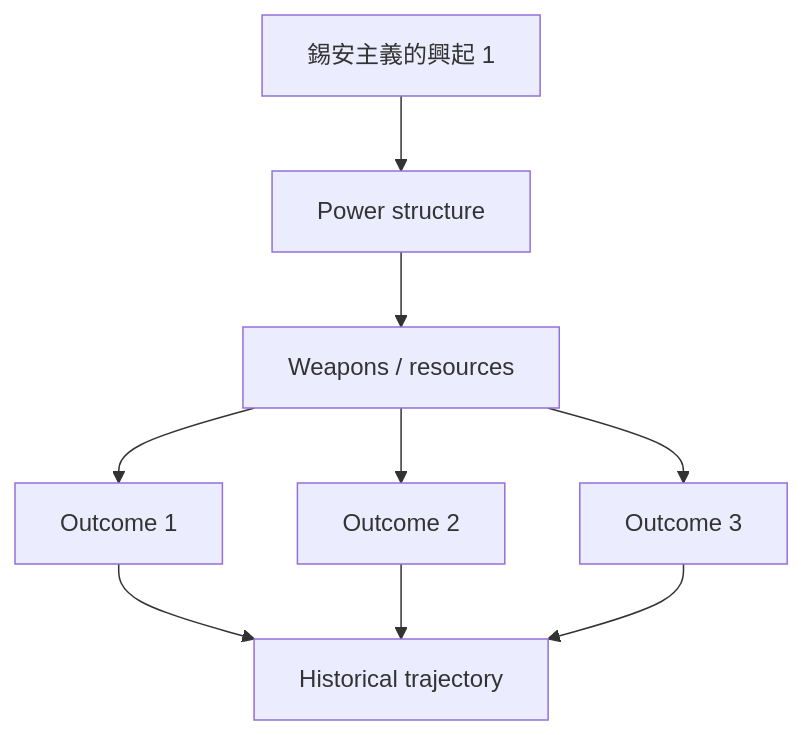
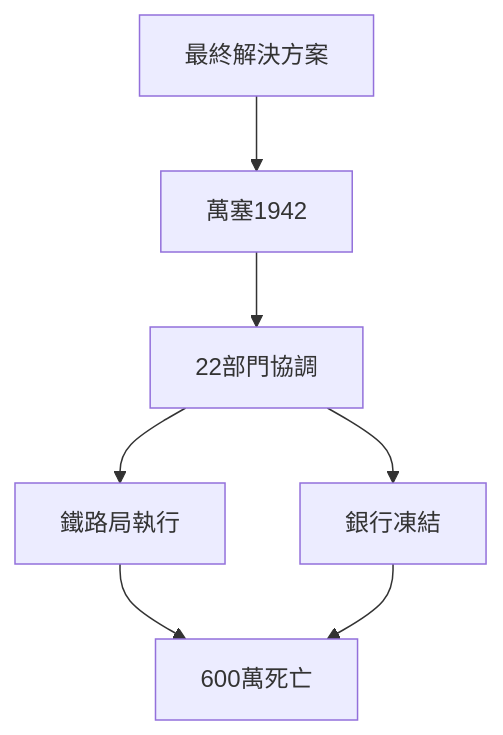
The third of 10 diagrams in 02_Harvard_Courses/Fall_Courses/Hist39_Jews_in_the_Modern_World.md (yip-lgtm/HKU-Harvard-History-Self-Study), drawn with Mermaid before and after one commit. The commit also changed other lines of this file and 65 other files, not shown here.

````diff
--- a/02_Harvard_Courses/Fall_Courses/Hist39_Jews_in_the_Modern_World.md
+++ b/02_Harvard_Courses/Fall_Courses/Hist39_Jews_in_the_Modern_World.md
@@ -185,11 +145,9 @@
 ```mermaid
 graph TD
-    A[錫安主義的興起 1] --> B[Power structure]
-    B --> C[Weapons / resources]
-    C --> D[Outcome 1]
-    C --> E[Outcome 2]
-    C --> F[Outcome 3]
-    D --> G[Historical trajectory]
-    E --> G
-    F --> G
+    A[最終解決方案] --> B[萬塞1942]
+    B --> C[22部門協調]
+    C --> D[鐵路局執行]
+    C --> E[銀行凍結]
+    D --> F[600萬死亡]
+    E --> F
 ```
````
